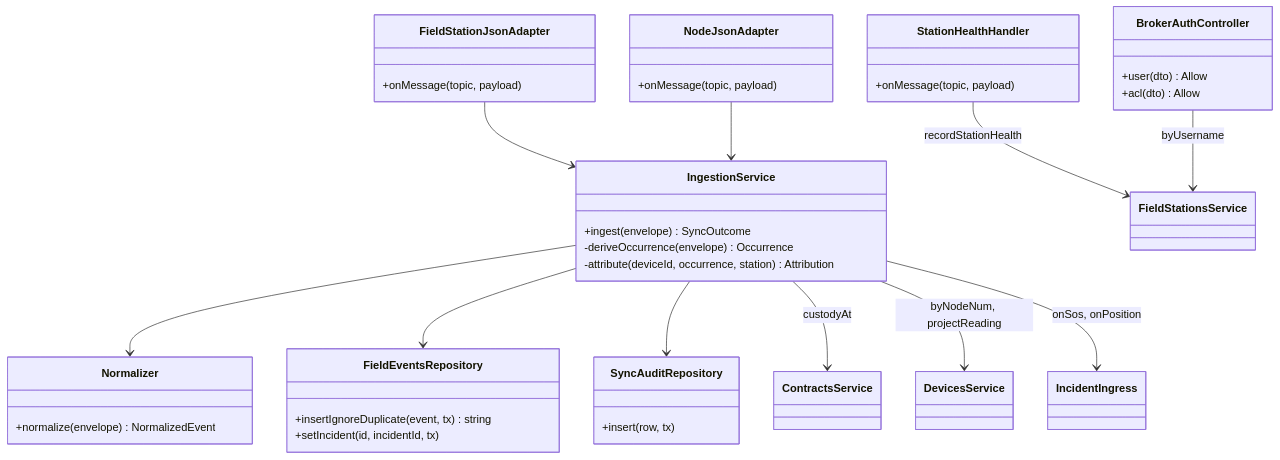
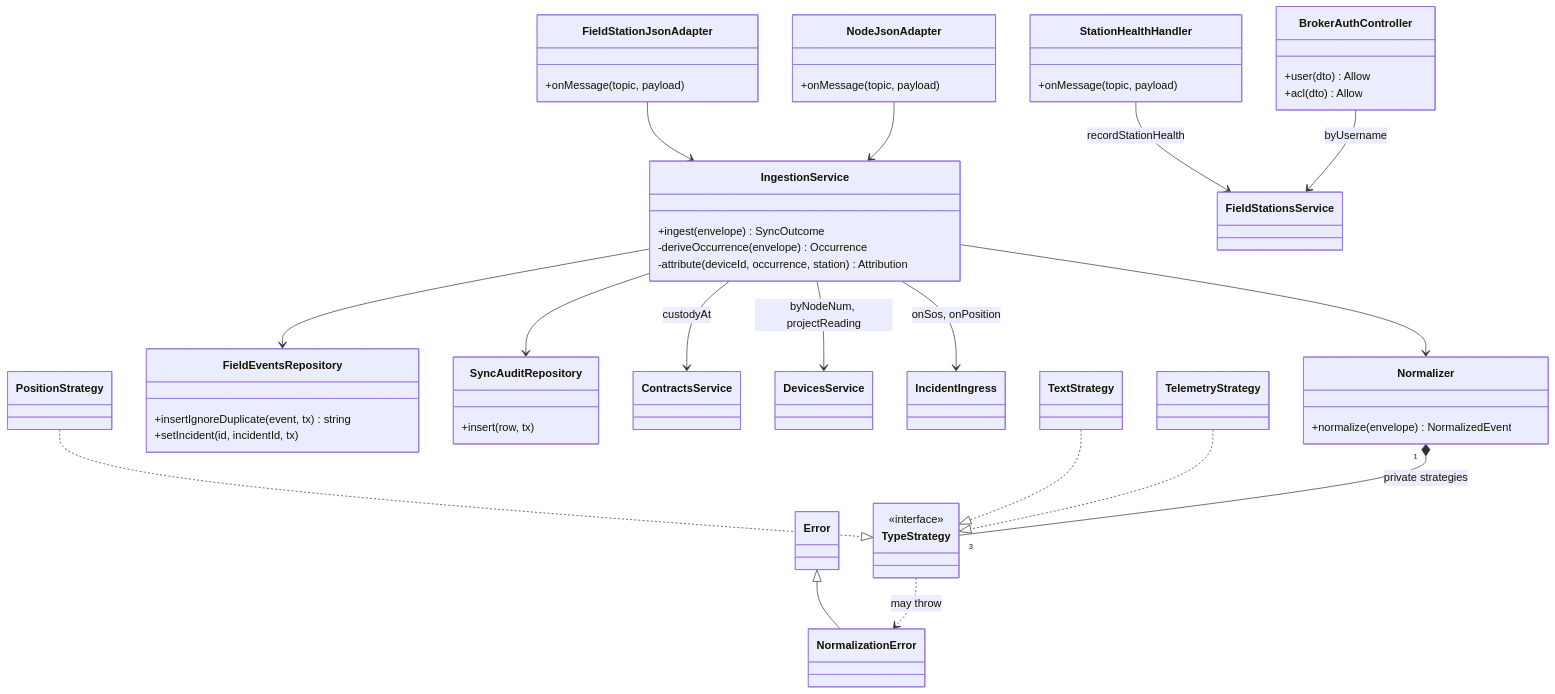
The fourth of 8 diagrams in specs/gateway-sync/design.md (TrekLink-Team/treklink-web), drawn with Mermaid before and after one commit. The commit also changed 7 other files, not shown here.

First line of the commit message:
docs: add code-backed UML class relations and split views

````diff
--- a/specs/gateway-sync/design.md
+++ b/specs/gateway-sync/design.md
@@ -338,45 +338,68 @@
 ```mermaid
 classDiagram
     class FieldStationJsonAdapter {
         +onMessage(topic, payload)
     }
     class NodeJsonAdapter {
         +onMessage(topic, payload)
     }
     class StationHealthHandler {
         +onMessage(topic, payload)
     }
     class BrokerAuthController {
         +user(dto) Allow
         +acl(dto) Allow
     }
     class IngestionService {
         +ingest(envelope) SyncOutcome
         -deriveOccurrence(envelope) Occurrence
         -attribute(deviceId, occurrence, station) Attribution
     }
     class Normalizer {
         +normalize(envelope) NormalizedEvent
     }
     class FieldEventsRepository {
         +insertIgnoreDuplicate(event, tx) string
         +setIncident(id, incidentId, tx)
     }
     class SyncAuditRepository {
         +insert(row, tx)
     }
     class ContractsService
     class DevicesService
     class IncidentIngress
     class FieldStationsService
     FieldStationJsonAdapter --> IngestionService
     NodeJsonAdapter --> IngestionService
     StationHealthHandler --> FieldStationsService : recordStationHealth
     BrokerAuthController --> FieldStationsService : byUsername
     IngestionService --> Normalizer
     IngestionService --> FieldEventsRepository
     IngestionService --> SyncAuditRepository
     IngestionService --> ContractsService : custodyAt
     IngestionService --> DevicesService : byNodeNum, projectReading
     IngestionService --> IncidentIngress : onSos, onPosition
+
+    class TypeStrategy {
+        <<interface>>
+    }
+    class PositionStrategy
+    class TextStrategy
+    class TelemetryStrategy
+    class NormalizationError
+    class Error
+    %% backend/src/modules/gateway-sync/normalizer/position.strategy.ts:6; implements TypeStrategy.
+    PositionStrategy ..|> TypeStrategy
+    %% backend/src/modules/gateway-sync/normalizer/text.strategy.ts:9; implements TypeStrategy.
+    TextStrategy ..|> TypeStrategy
+    %% backend/src/modules/gateway-sync/normalizer/telemetry.strategy.ts:6; implements TypeStrategy.
+    TelemetryStrategy ..|> TypeStrategy
+    %% backend/src/modules/gateway-sync/normalizer/normalized-reading.ts:14; extends Error.
+    Error <|-- NormalizationError
+    %% backend/src/modules/gateway-sync/normalizer/normalizer.ts:13-17; creates three private instances, never shared or exposed.
+    Normalizer "1" *-- "3" TypeStrategy : private strategies
+    %% backend/src/modules/gateway-sync/normalizer/position.strategy.ts:10; invalid payload raises NormalizationError.
+    TypeStrategy ..> NormalizationError : may throw
+    %% sdd-view: operations | FieldStationJsonAdapter,NodeJsonAdapter,StationHealthHandler,BrokerAuthController,IngestionService,Normalizer,FieldEventsRepository,SyncAuditRepository,ContractsService,DevicesService,IncidentIngress,FieldStationsService
+    %% sdd-view: domain relations | TypeStrategy,PositionStrategy,TextStrategy,TelemetryStrategy,NormalizationError,Error
 ```
````
